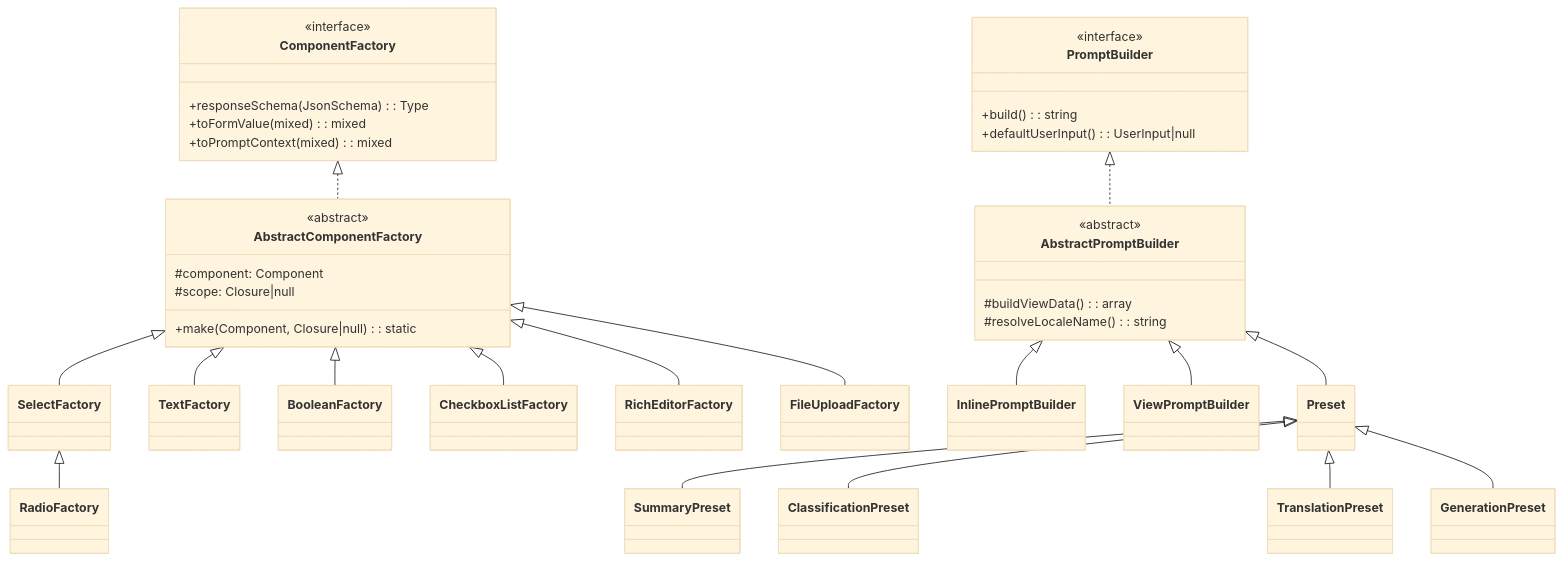
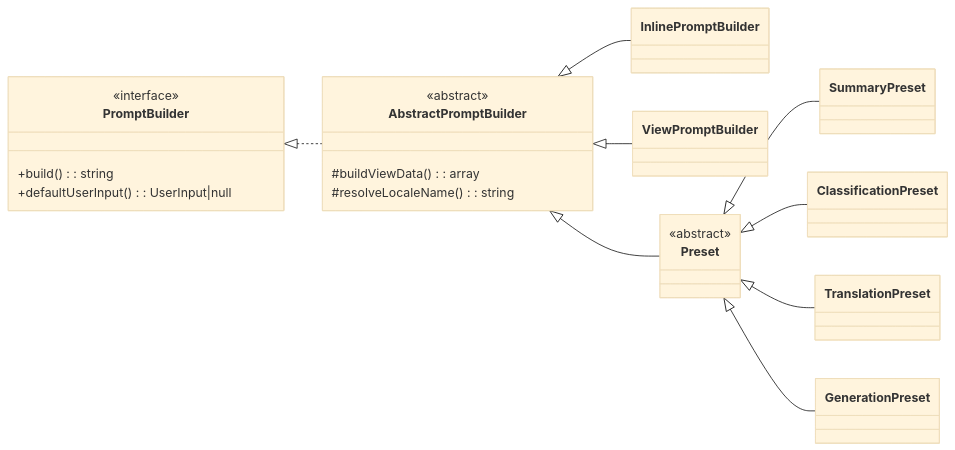
Before and after one commit to statikbe/laravel-filament-solaris: the seventh of 8 diagrams in documentation/architecture.md, drawn with Mermaid (base theme). The commit also changed other lines of this file and 3 other files, not shown here.

First line of the commit message:
docs: architecture diagrams, status index, specs 41 + 42

````diff
--- a/documentation/architecture.md
+++ b/documentation/architecture.md
@@ -87,47 +349,36 @@
 ```mermaid
 classDiagram
-    class ComponentFactory {
-        <<interface>>
-        +responseSchema(JsonSchema): Type
-        +toFormValue(mixed): mixed
-        +toPromptContext(mixed): mixed
-    }
-
-    class AbstractComponentFactory {
-        <<abstract>>
-        #component: Component
-        #scope: Closure|null
-        +make(Component, Closure|null): static
-    }
-
-    ComponentFactory <|.. AbstractComponentFactory
-    AbstractComponentFactory <|-- SelectFactory
-    AbstractComponentFactory <|-- TextFactory
-    AbstractComponentFactory <|-- BooleanFactory
-    AbstractComponentFactory <|-- CheckboxListFactory
-    AbstractComponentFactory <|-- RichEditorFactory
-    AbstractComponentFactory <|-- FileUploadFactory
-    SelectFactory <|-- RadioFactory
+    direction LR
 
     class PromptBuilder {
         <<interface>>
         +build(): string
         +defaultUserInput(): UserInput|null
     }
 
     class AbstractPromptBuilder {
         <<abstract>>
         #buildViewData(): array
         #resolveLocaleName(): string
     }
 
+    class InlinePromptBuilder
+    class ViewPromptBuilder
+    class Preset {
+        <<abstract>>
+    }
+    class SummaryPreset
+    class ClassificationPreset
+    class TranslationPreset
+    class GenerationPreset
+
     PromptBuilder <|.. AbstractPromptBuilder
     AbstractPromptBuilder <|-- InlinePromptBuilder
     AbstractPromptBuilder <|-- ViewPromptBuilder
     AbstractPromptBuilder <|-- Preset
 
     Preset <|-- SummaryPreset
     Preset <|-- ClassificationPreset
     Preset <|-- TranslationPreset
     Preset <|-- GenerationPreset
 ```
````
